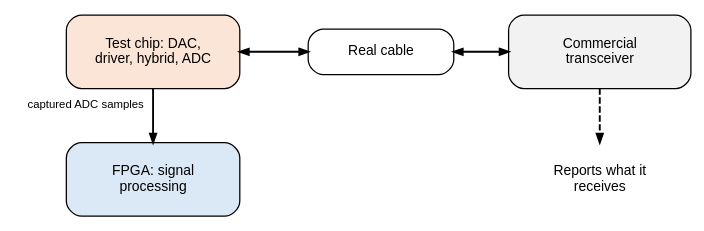
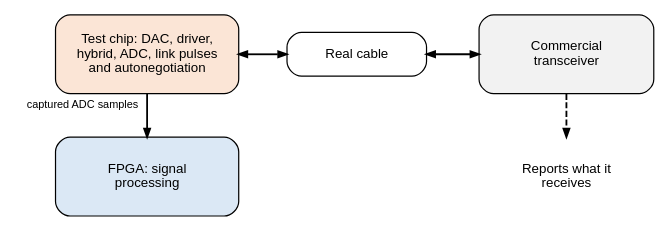
Before and after one commit to mithro/evampire: the diagram in docs/ethernet/phy-electrical/integration/test-bench.dot, drawn with Graphviz. The commit also changed 14 other files, not shown here.

First line of the commit message:
Fix diagram content and page text after review

```diff
--- a/docs/ethernet/phy-electrical/integration/test-bench.dot
+++ b/docs/ethernet/phy-electrical/integration/test-bench.dot
@@ -1,27 +1,27 @@
 // The early-check bench of the order of work: a test chip drives a real
 // cable to a commercial transceiver, and its ADC samples are captured to
 // an FPGA that runs the signal processing.
 //
 // SPDX-License-Identifier: Apache-2.0
 
 digraph bench {
     graph [layout=neato, splines=false, overlap=true, fontname="Helvetica",
            size="7.4,2.2"];
     node  [shape=box, style="rounded,filled", fillcolor="#fbe5d6",
-           fontname="Helvetica", fontsize=11, width=1.9, height=0.8,
+           fontname="Helvetica", fontsize=11, width=2.1, height=0.9,
            fixedsize=true];
     edge  [fontname="Helvetica", fontsize=9, arrowsize=0.7, penwidth=1.5];
 
-    chip [pos="0.9,1.4!", label="Test chip: DAC,\ndriver, hybrid, ADC"];
+    chip [pos="1.0,1.4!", label="Test chip: DAC, driver,\nhybrid, ADC, link pulses\nand autonegotiation"];
     cable [pos="3.4,1.4!", width=1.6, height=0.5, label="Real cable",
            fillcolor="#ffffff"];
     phy [pos="5.8,1.4!", width=2.0, label="Commercial\ntransceiver", fillcolor="#f2f2f2"];
-    fpga [pos="0.9,0.0!", label="FPGA: signal\nprocessing", fillcolor="#dbe8f5"];
+    fpga [pos="1.0,0.0!", label="FPGA: signal\nprocessing", fillcolor="#dbe8f5"];
     pc [pos="5.8,0.0!", width=2.0, label="Reports what it\nreceives", shape=plaintext,
         style=""];
 
     chip -> cable [dir=both];
     cable -> phy [dir=both];
     chip -> fpga [label="  captured ADC samples"];
     phy -> pc [style=dashed];
 }
```
